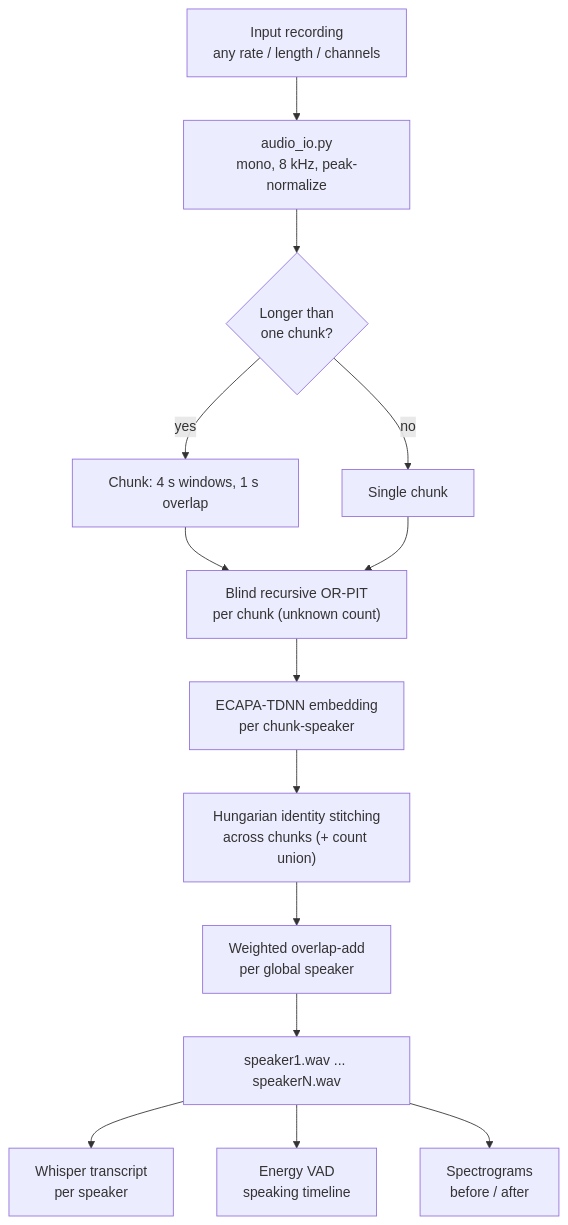
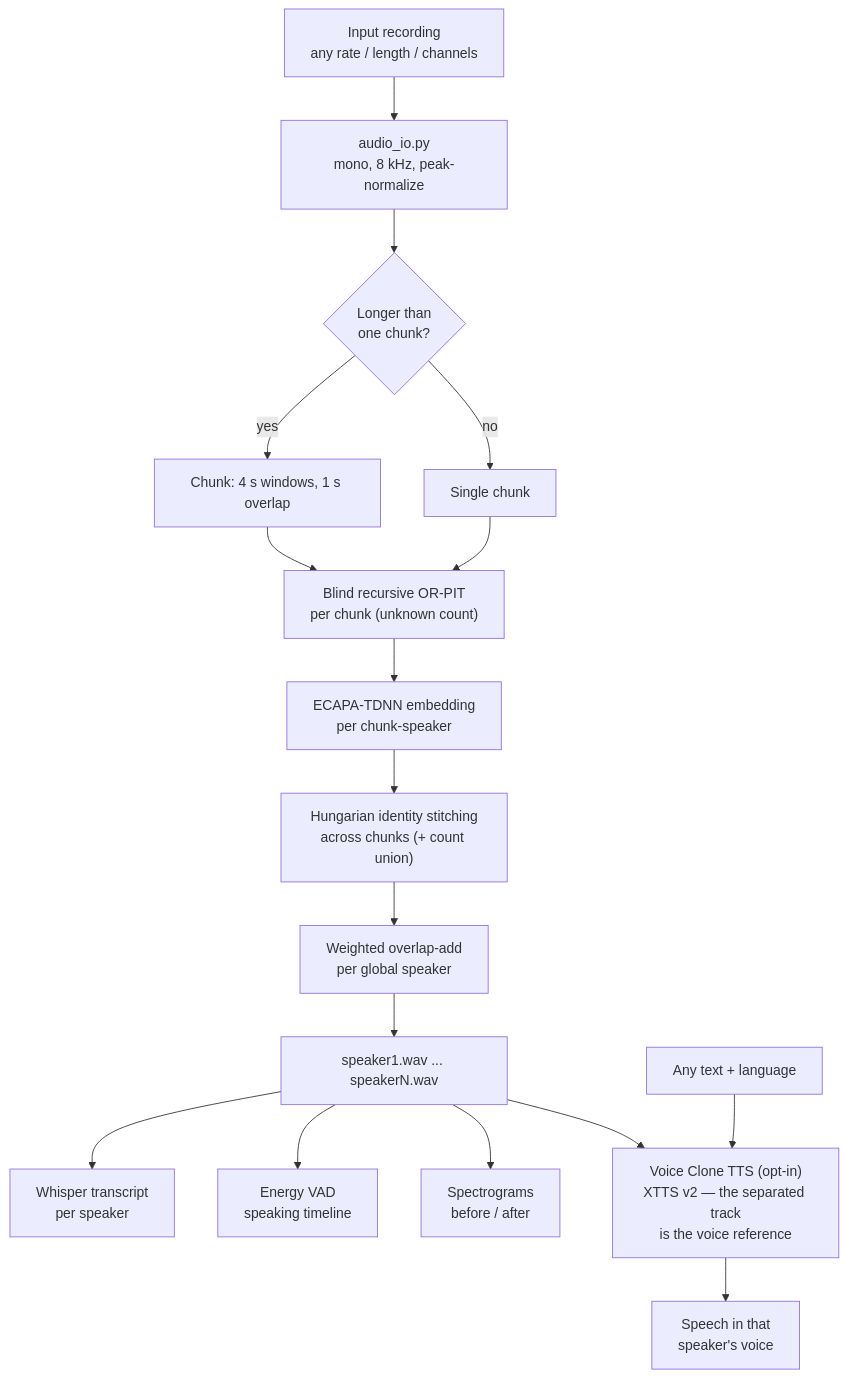
One commit to RishiiGamer2201/voxsplit changed the first of 4 diagrams in ARCHITECTURE.md. Above: the diagram before and after it, drawn with Mermaid. The commit also changed other lines of this file and 1 other file, not shown here.

First line of the commit message:
Docs: update architecture diagrams for Voice Clone TTS

````diff
--- a/ARCHITECTURE.md
+++ b/ARCHITECTURE.md
@@ -13,16 +13,19 @@
 ```mermaid
 flowchart TD
     A["Input recording<br/>any rate / length / channels"] --> B["audio_io.py<br/>mono, 8 kHz, peak-normalize"]
     B --> C{"Longer than<br/>one chunk?"}
     C -- "yes" --> D["Chunk: 4 s windows, 1 s overlap"]
     C -- "no" --> E["Single chunk"]
     D --> F["Blind recursive OR-PIT<br/>per chunk (unknown count)"]
     E --> F
     F --> G["ECAPA-TDNN embedding<br/>per chunk-speaker"]
     G --> H["Hungarian identity stitching<br/>across chunks (+ count union)"]
     H --> I["Weighted overlap-add<br/>per global speaker"]
     I --> J["speaker1.wav ... speakerN.wav"]
     J --> K["Whisper transcript<br/>per speaker"]
     J --> L["Energy VAD<br/>speaking timeline"]
     J --> M["Spectrograms<br/>before / after"]
+    J --> N["Voice Clone TTS (opt-in)<br/>XTTS v2 — the separated track<br/>is the voice reference"]
+    T["Any text + language"] --> N
+    N --> O["Speech in that<br/>speaker's voice"]
 ```
````
